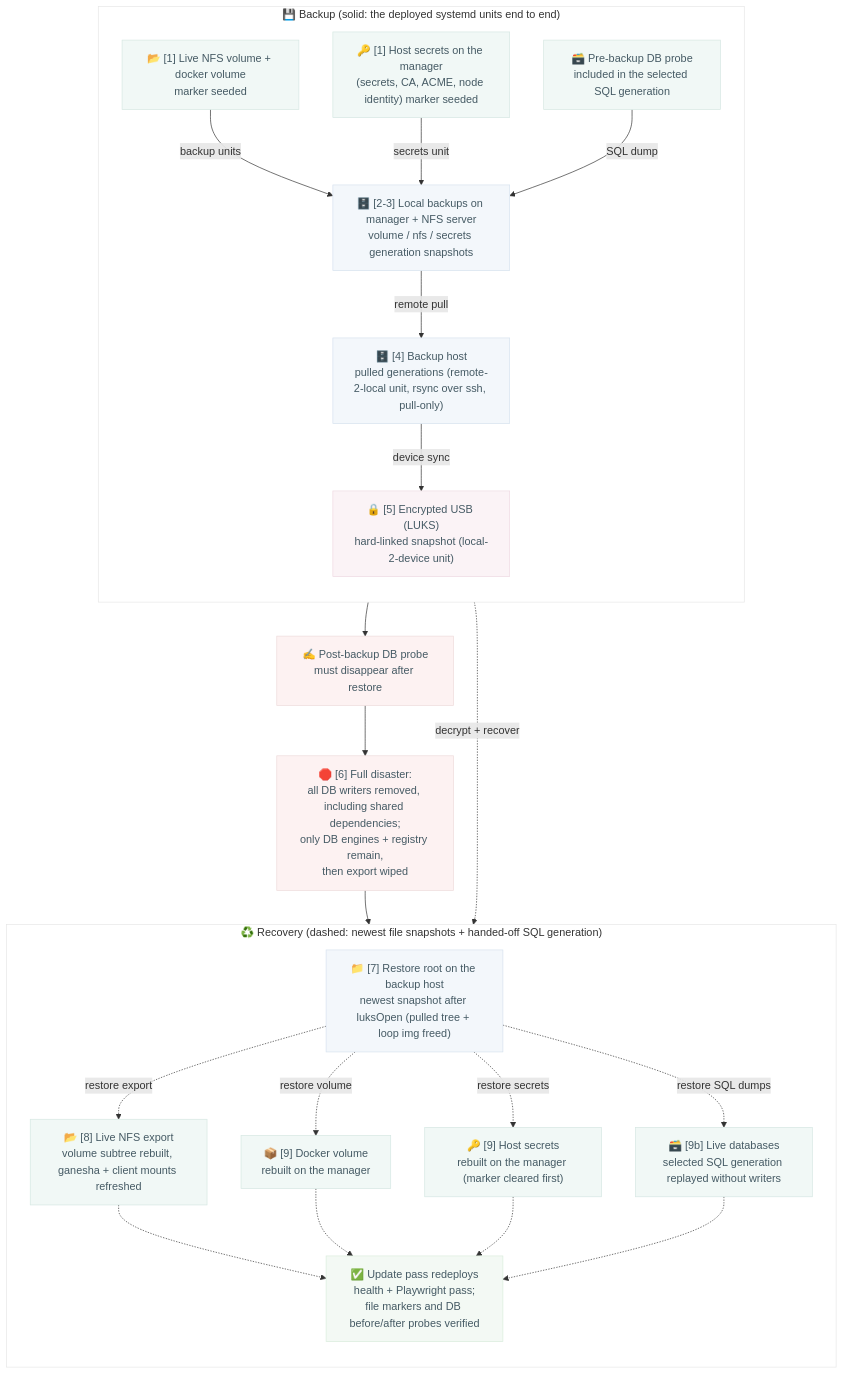
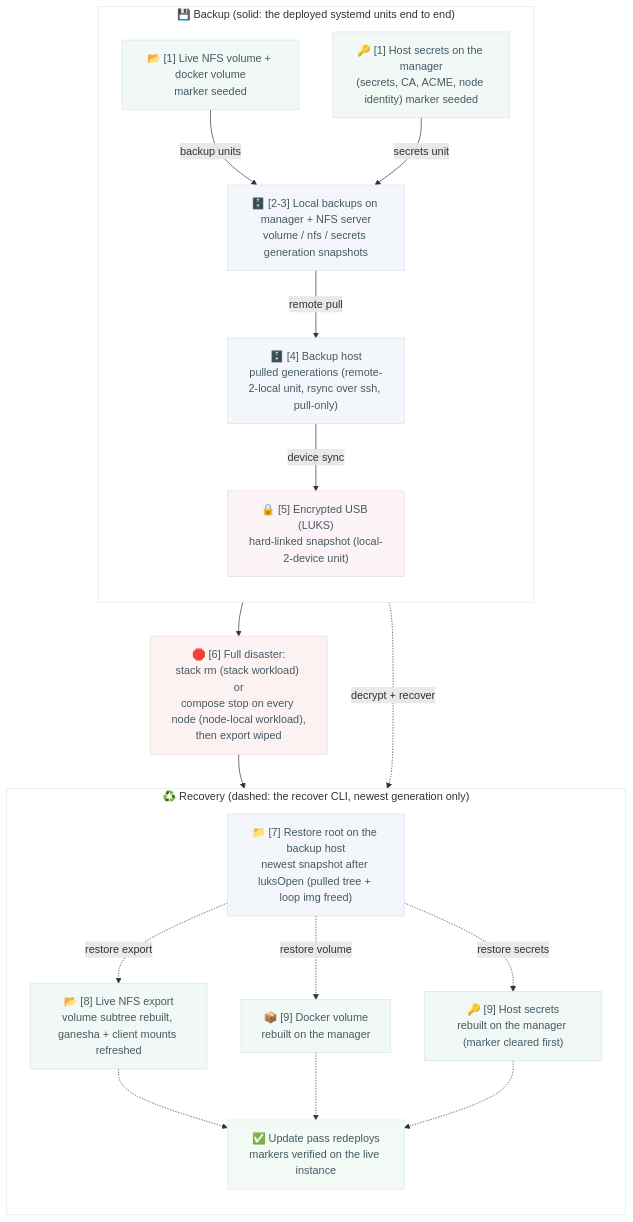
One commit to AlejandroRomanIbanez/infinito-nexus changed the second of 2 diagrams in scripts/tests/deploy/swarm/routine/backup/README.md. Above: the diagram before and after it, drawn with Mermaid. The commit also changed other lines of this file and 15 other files, not shown here.

````diff
--- a/scripts/tests/deploy/swarm/routine/backup/README.md
+++ b/scripts/tests/deploy/swarm/routine/backup/README.md
@@ -90,48 +61,42 @@
 ```mermaid
 flowchart TB
     subgraph forward["💾 Backup (solid: the deployed systemd units end to end)"]
         direction TB
         vol["📂 [1] Live NFS volume + docker volume<br/>marker seeded"]:::live
         sec["🔑 [1] Host secrets on the manager<br/>(secrets, CA, ACME, node identity) marker seeded"]:::live
-        dbpre["🗃️ Pre-backup DB probe<br/>included in the selected SQL generation"]:::live
         localbkp["🗄️ [2-3] Local backups on manager + NFS server<br/>volume / nfs / secrets generation snapshots"]:::store
         pulled["🗄️ [4] Backup host<br/>pulled generations (remote-2-local unit, rsync over ssh, pull-only)"]:::store
         usb["🔒 [5] Encrypted USB (LUKS)<br/>hard-linked snapshot (local-2-device unit)"]:::device
         vol -->|backup units| localbkp
         sec -->|secrets unit| localbkp
-        dbpre -->|SQL dump| localbkp
         localbkp -->|remote pull| pulled -->|device sync| usb
     end
 
-    dbpost["✍️ Post-backup DB probe<br/>must disappear after restore"]:::dead
-    teardown["🛑 [6] Full disaster:<br/>all DB writers removed, including shared dependencies;<br/>only DB engines + registry remain,<br/>then export wiped"]:::dead
+    teardown["🛑 [6] Full disaster:<br/>stack rm (stack workload) or<br/>compose stop on every node (node-local workload),<br/>then export wiped"]:::dead
 
-    subgraph recovery["♻️ Recovery (dashed: newest file snapshots + handed-off SQL generation)"]
+    subgraph recovery["♻️ Recovery (dashed: the recover CLI, newest generation only)"]
         direction TB
         restored["📁 [7] Restore root on the backup host<br/>newest snapshot after luksOpen (pulled tree + loop img freed)"]:::store
         export["📂 [8] Live NFS export<br/>volume subtree rebuilt, ganesha + client mounts refreshed"]:::live
         volume["📦 [9] Docker volume<br/>rebuilt on the manager"]:::live
         secrets["🔑 [9] Host secrets<br/>rebuilt on the manager (marker cleared first)"]:::live
-        database["🗃️ [9b] Live databases<br/>selected SQL generation replayed without writers"]:::live
-        verified["✅ Update pass redeploys<br/>health + Playwright pass;<br/>file markers and DB before/after probes verified"]:::ok
+        verified["✅ Update pass redeploys<br/>markers verified on the live instance"]:::ok
         usb -.->|decrypt + recover| restored
         restored -.->|restore export| export
         restored -.->|restore volume| volume
         restored -.->|restore secrets| secrets
-        restored -.->|restore SQL dumps| database
         export -.-> verified
         volume -.-> verified
         secrets -.-> verified
-        database -.-> verified
     end
 
-    forward --> dbpost --> teardown --> recovery
+    forward --> teardown --> recovery
 
     classDef live fill:#f1f8f6,stroke:#d5e7e2,color:#455a64;
     classDef store fill:#f3f7fb,stroke:#d6e2ee,color:#455a64;
     classDef device fill:#fbf3f6,stroke:#eed9e2,color:#455a64;
     classDef dead fill:#fdf2f2,stroke:#eddada,color:#455a64;
     classDef ok fill:#f3f9f4,stroke:#d9ecdc,color:#455a64;
     style forward fill:#ffffff,stroke:#e6e6e6;
     style recovery fill:#ffffff,stroke:#e6e6e6;
 ```
````
